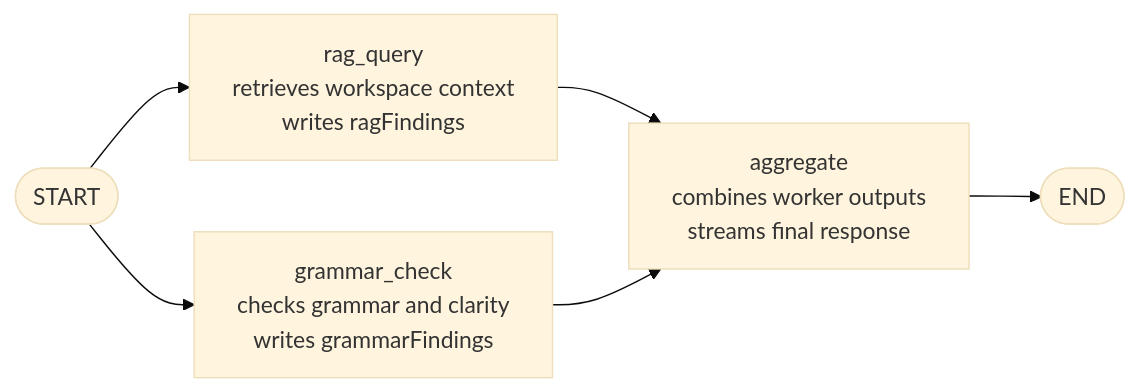
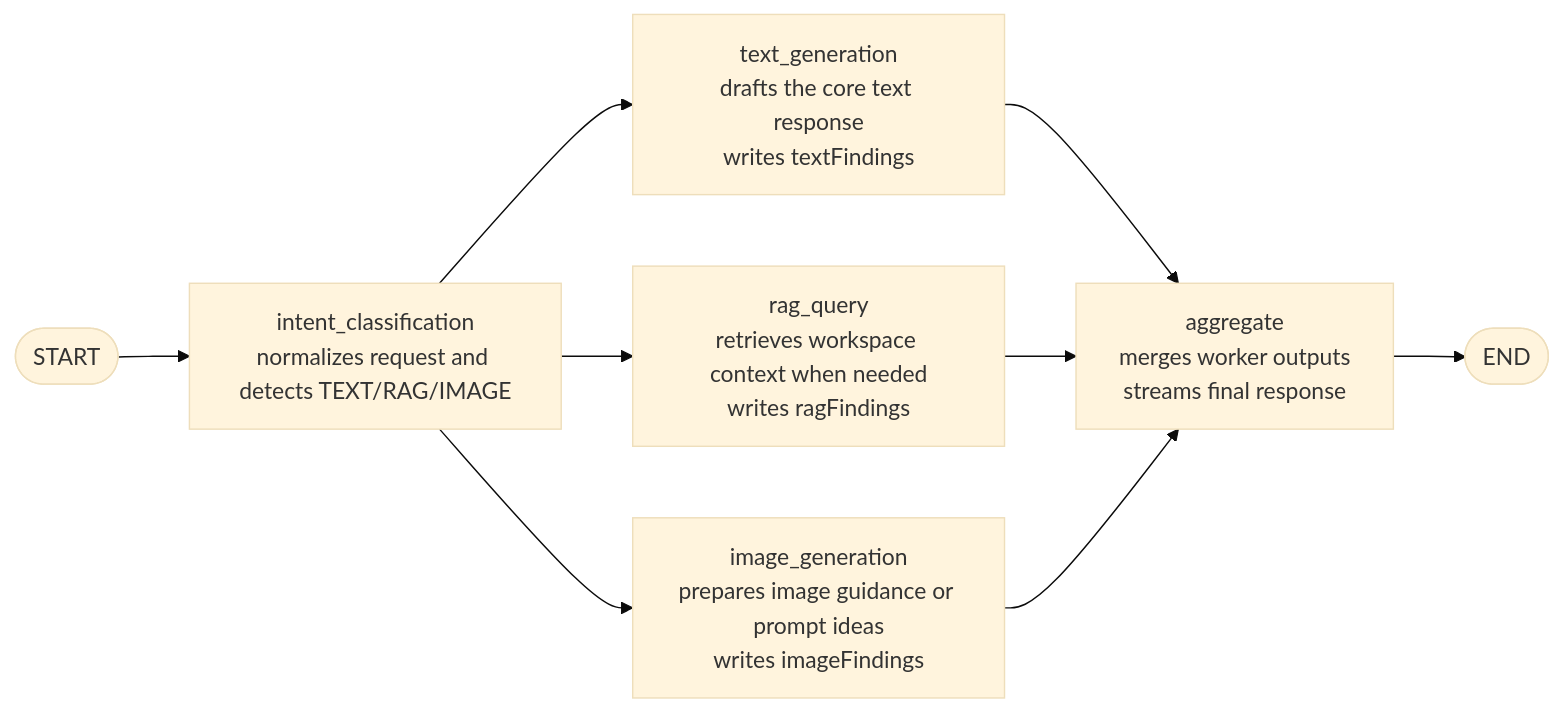
The diagram in src/main/ai/assistant/AGENTS.md (HaraldBregu/OpenWriter), drawn with Mermaid (base theme) before and after one commit. The commit also changed other lines of this file and 17 other files, not shown here.

````diff
--- a/src/main/ai/assistant/AGENTS.md
+++ b/src/main/ai/assistant/AGENTS.md
@@ -16,10 +18,14 @@
 ```mermaid
 flowchart LR
-	Start([START]) --> RagQuery["rag_query<br/>retrieves workspace context<br/>writes ragFindings"]
-	Start([START]) --> GrammarCheck["grammar_check<br/>checks grammar and clarity<br/>writes grammarFindings"]
+	Start([START]) --> IntentClassification["intent_classification<br/>normalizes request and detects TEXT/RAG/IMAGE"]
 
-	RagQuery --> Aggregate["aggregate<br/>combines worker outputs<br/>streams final response"]
-	GrammarCheck --> Aggregate
+	IntentClassification --> TextGeneration["text_generation<br/>drafts the core text response<br/>writes textFindings"]
+	IntentClassification --> RagQuery["rag_query<br/>retrieves workspace context when needed<br/>writes ragFindings"]
+	IntentClassification --> ImageGeneration["image_generation<br/>prepares image guidance or prompt ideas<br/>writes imageFindings"]
+
+	TextGeneration --> Aggregate["aggregate<br/>merges worker outputs<br/>streams final response"]
+	RagQuery --> Aggregate
+	ImageGeneration --> Aggregate
 
 	Aggregate --> End([END])
 ```
````
